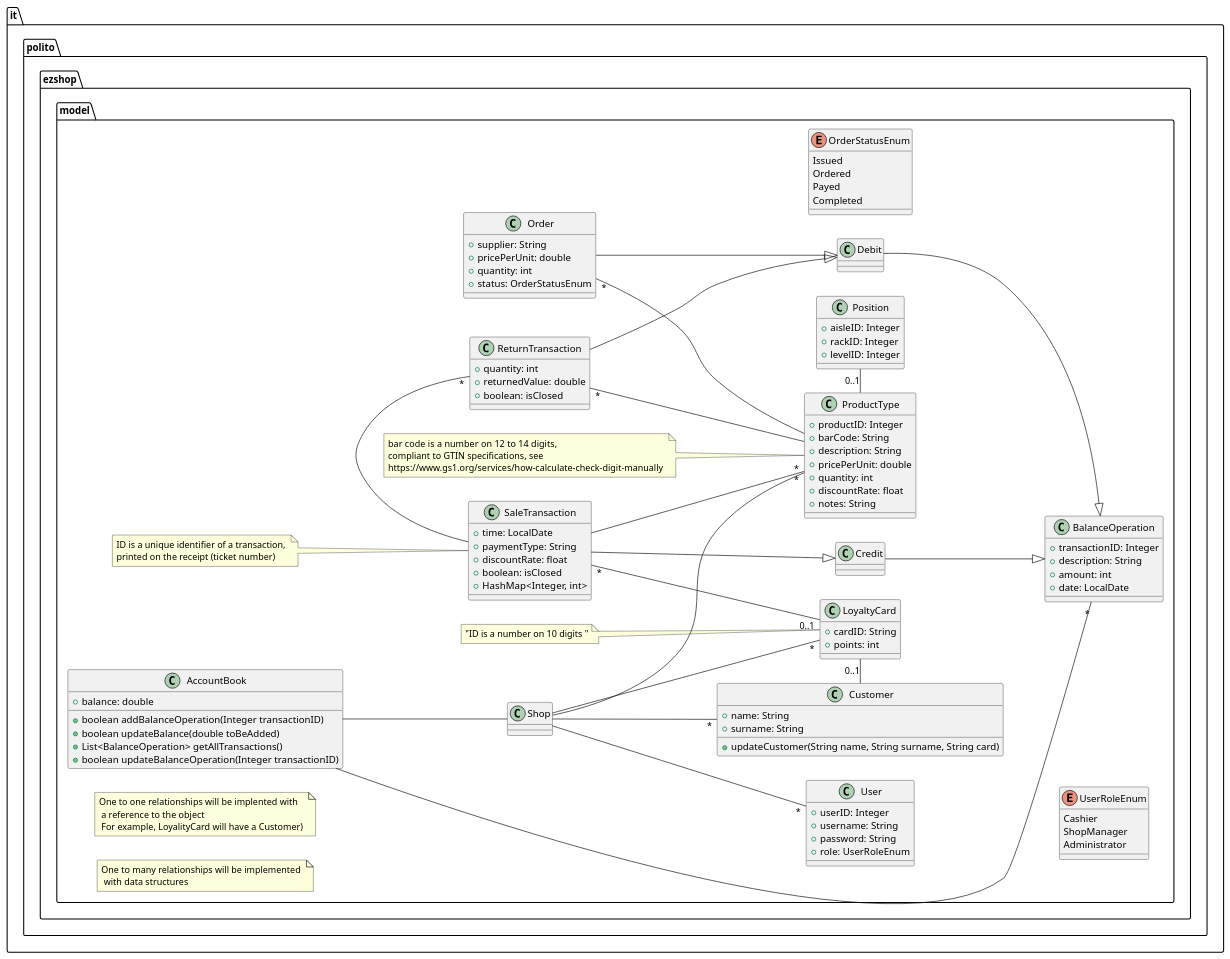
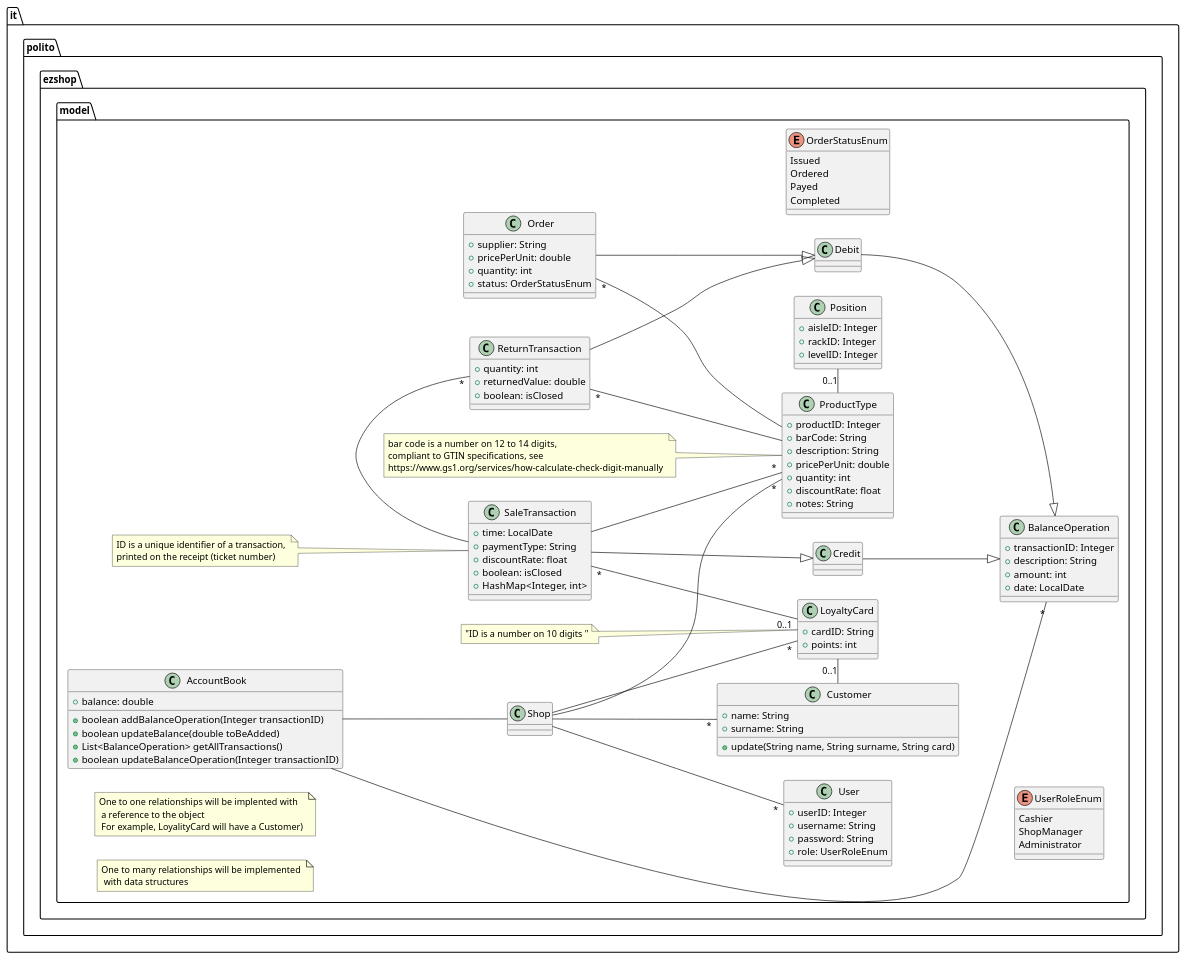
Before and after one commit to Stormz4/group20-EzShop: the third of 23 diagrams in Deliverables/DesignDocument.md, drawn with PlantUML. The commit also changed other lines of this file, not shown here.

```diff
--- a/Deliverables/DesignDocument.md
+++ b/Deliverables/DesignDocument.md
@@ -234,7 +234,7 @@
 class Customer {
     +name: String
     +surname: String
-    +updateCustomer(String name, String surname, String card)
+    +update(String name, String surname, String card)
 }
 
 LoyaltyCard "0..1" - Customer
```
